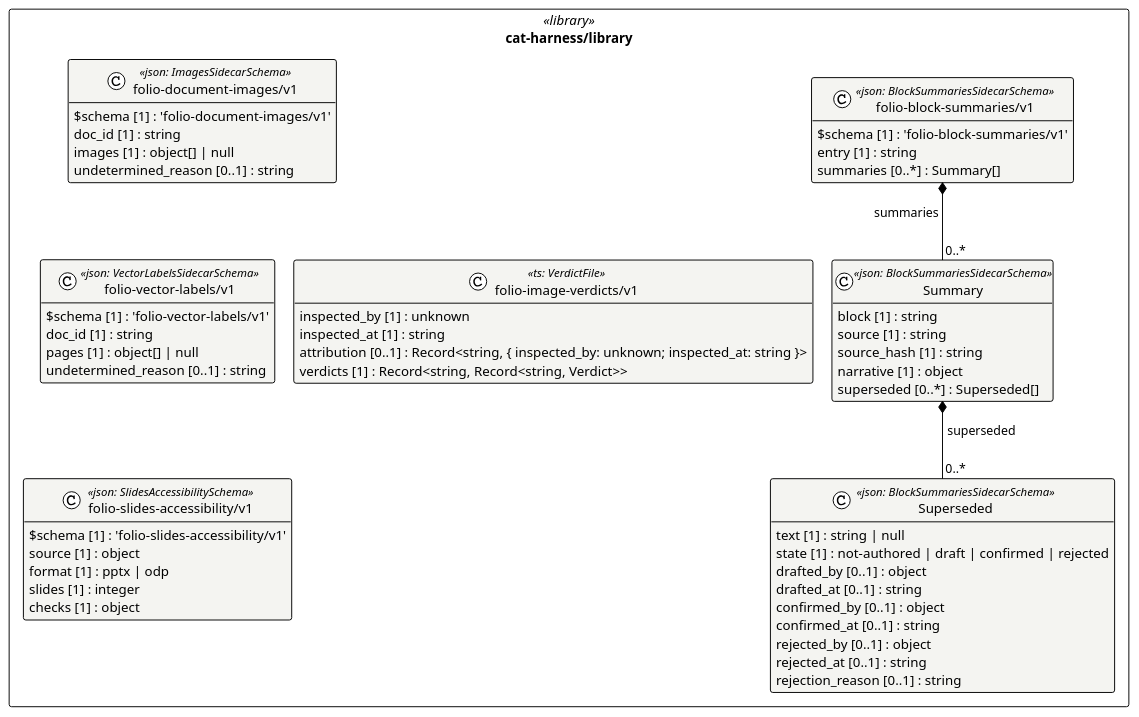
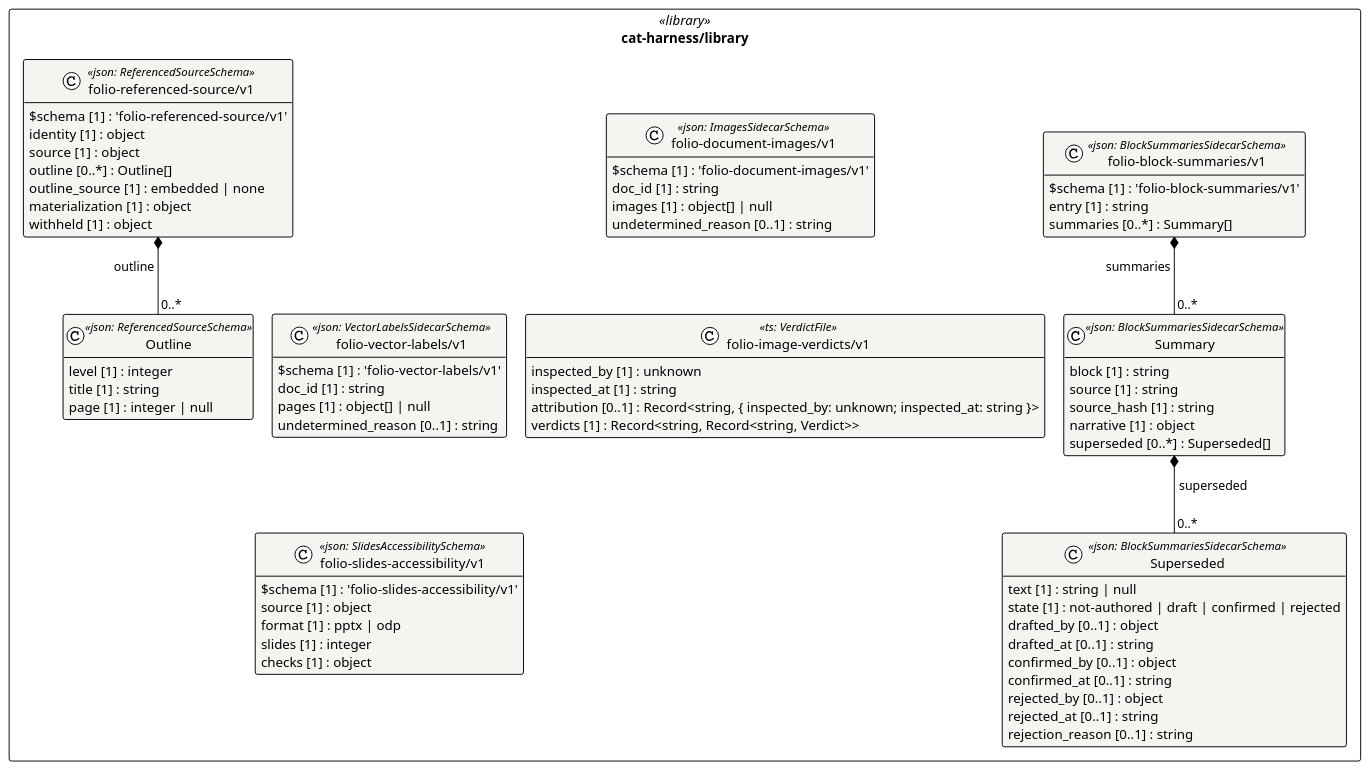
One commit to litlfred/folio-assistant changed the diagram in cat-harness/uml/overview/cat-harness/library.puml. Above: the diagram before and after it, drawn with PlantUML. The commit also changed 78 other files, not shown here.

```diff
--- a/cat-harness/uml/overview/cat-harness/library.puml
+++ b/cat-harness/uml/overview/cat-harness/library.puml
@@ -3,62 +3,77 @@
 @startuml cat_harness_library
 !pragma layout elk
 !theme plain
 skinparam classAttributeIconSize 0
 skinparam shadowing false
 skinparam packageStyle rectangle
 hide empty methods
 
 package "cat-harness/library" as pkg_cat_harness_library <<library>> {
   class "folio-document-images/v1" as cat_harness_library_folio_document_images_v1_folio_document_images_v1 <<json: ImagesSidecarSchema>> #f4f4f1 {
     $schema [1] : 'folio-document-images/v1'
     doc_id [1] : string
     images [1] : object[] | null
     undetermined_reason [0..1] : string
   }
   class "folio-image-verdicts/v1" as cat_harness_library_folio_image_verdicts_v1 <<ts: VerdictFile>> #f4f4f1 {
     inspected_by [1] : unknown
     inspected_at [1] : string
     attribution [0..1] : Record<string, { inspected_by: unknown; inspected_at: string }>
     verdicts [1] : Record<string, Record<string, Verdict>>
   }
   class "folio-vector-labels/v1" as cat_harness_library_folio_vector_labels_v1_folio_vector_labels_v1 <<json: VectorLabelsSidecarSchema>> #f4f4f1 {
     $schema [1] : 'folio-vector-labels/v1'
     doc_id [1] : string
     pages [1] : object[] | null
     undetermined_reason [0..1] : string
   }
   class "Superseded" as cat_harness_library_folio_block_summaries_v1_Superseded <<json: BlockSummariesSidecarSchema>> #f4f4f1 {
     text [1] : string | null
     state [1] : not-authored | draft | confirmed | rejected
     drafted_by [0..1] : object
     drafted_at [0..1] : string
     confirmed_by [0..1] : object
     confirmed_at [0..1] : string
     rejected_by [0..1] : object
     rejected_at [0..1] : string
     rejection_reason [0..1] : string
   }
   class "Summary" as cat_harness_library_folio_block_summaries_v1_Summary <<json: BlockSummariesSidecarSchema>> #f4f4f1 {
     block [1] : string
     source [1] : string
     source_hash [1] : string
     narrative [1] : object
     superseded [0..*] : Superseded[]
   }
   class "folio-block-summaries/v1" as cat_harness_library_folio_block_summaries_v1_folio_block_summaries_v1 <<json: BlockSummariesSidecarSchema>> #f4f4f1 {
     $schema [1] : 'folio-block-summaries/v1'
     entry [1] : string
     summaries [0..*] : Summary[]
   }
   class "folio-slides-accessibility/v1" as cat_harness_library_folio_slides_accessibility_v1_folio_slides_accessibility_v1 <<json: SlidesAccessibilitySchema>> #f4f4f1 {
     $schema [1] : 'folio-slides-accessibility/v1'
     source [1] : object
     format [1] : pptx | odp
     slides [1] : integer
     checks [1] : object
   }
+  class "Outline" as cat_harness_library_folio_referenced_source_v1_Outline <<json: ReferencedSourceSchema>> #f4f4f1 {
+    level [1] : integer
+    title [1] : string
+    page [1] : integer | null
+  }
+  class "folio-referenced-source/v1" as cat_harness_library_folio_referenced_source_v1_folio_referenced_source_v1 <<json: ReferencedSourceSchema>> #f4f4f1 {
+    $schema [1] : 'folio-referenced-source/v1'
+    identity [1] : object
+    source [1] : object
+    outline [0..*] : Outline[]
+    outline_source [1] : embedded | none
+    materialization [1] : object
+    withheld [1] : object
+  }
 }
 
 cat_harness_library_folio_block_summaries_v1_Summary *-- "0..*" cat_harness_library_folio_block_summaries_v1_Superseded : superseded
 cat_harness_library_folio_block_summaries_v1_folio_block_summaries_v1 *-- "0..*" cat_harness_library_folio_block_summaries_v1_Summary : summaries
+cat_harness_library_folio_referenced_source_v1_folio_referenced_source_v1 *-- "0..*" cat_harness_library_folio_referenced_source_v1_Outline : outline
 @enduml
```
